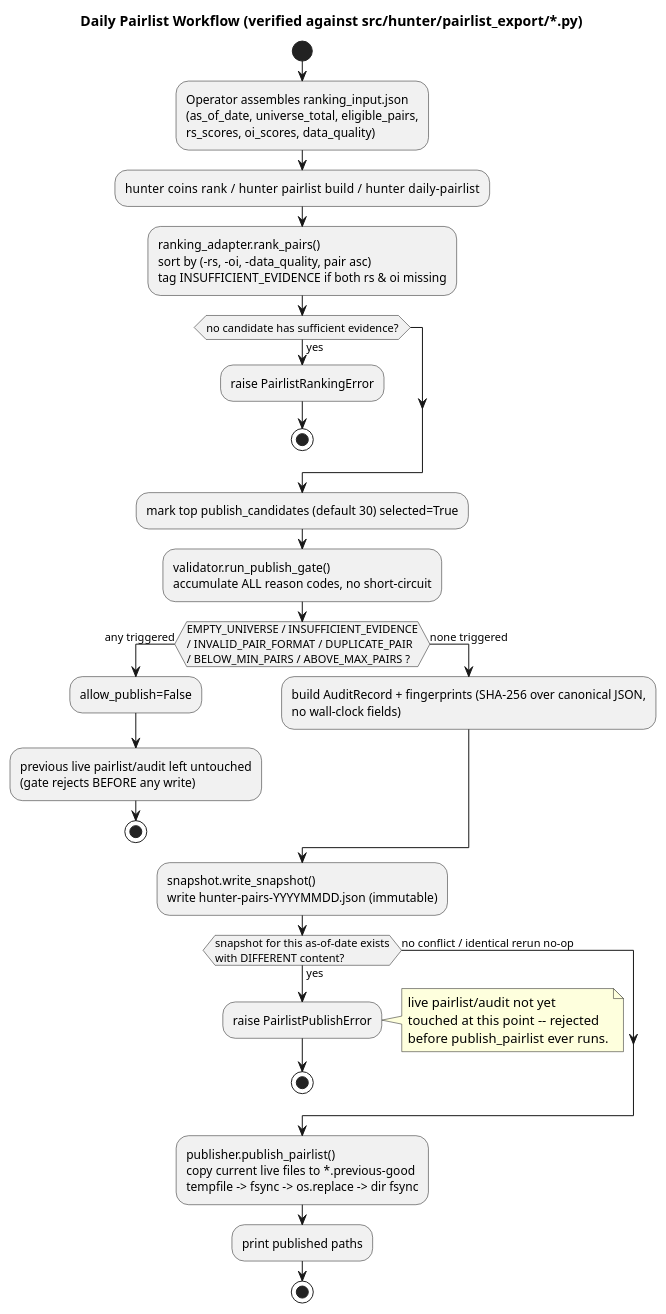
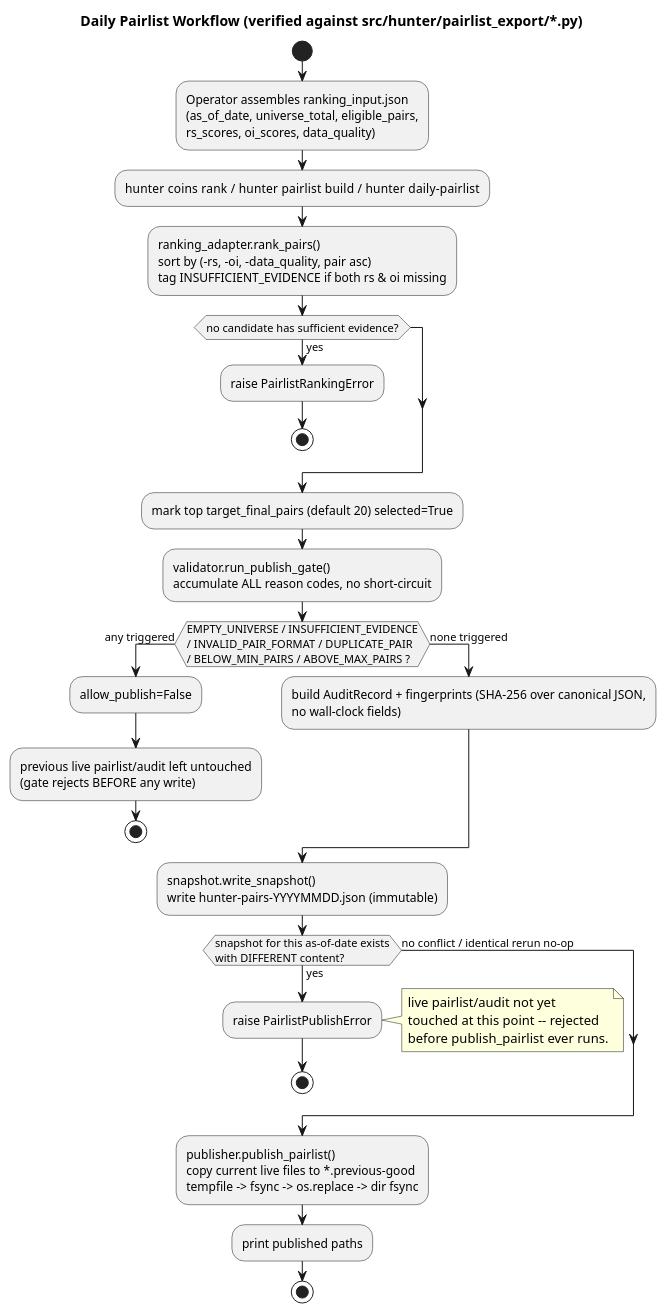
Before and after one commit to volkanmidilli/hunter-futures-pro: the second of 4 diagrams in docs/architecture/SYSTEM_ARCHITECTURE.md, drawn with PlantUML. The commit also changed 20 other files, not shown here.

````diff
--- a/docs/architecture/SYSTEM_ARCHITECTURE.md
+++ b/docs/architecture/SYSTEM_ARCHITECTURE.md
@@ -168,33 +168,33 @@
 ```plantuml
 @startuml
 title Daily Pairlist Workflow (verified against src/hunter/pairlist_export/*.py)
 
 start
 :Operator assembles ranking_input.json\n(as_of_date, universe_total, eligible_pairs,\nrs_scores, oi_scores, data_quality);
 :hunter coins rank  /  hunter pairlist build  /  hunter daily-pairlist;
 :ranking_adapter.rank_pairs()\nsort by (-rs, -oi, -data_quality, pair asc)\ntag INSUFFICIENT_EVIDENCE if both rs & oi missing;
 if (no candidate has sufficient evidence?) then (yes)
   :raise PairlistRankingError;
   stop
 endif
-:mark top publish_candidates (default 30) selected=True;
+:mark top target_final_pairs (default 20) selected=True;
 :validator.run_publish_gate()\naccumulate ALL reason codes, no short-circuit;
 if (EMPTY_UNIVERSE / INSUFFICIENT_EVIDENCE\n/ INVALID_PAIR_FORMAT / DUPLICATE_PAIR\n/ BELOW_MIN_PAIRS / ABOVE_MAX_PAIRS ?) then (any triggered)
   :allow_publish=False;
   :previous live pairlist/audit left untouched\n(gate rejects BEFORE any write);
   stop
 else (none triggered)
   :build AuditRecord + fingerprints (SHA-256 over canonical JSON,\nno wall-clock fields);
 endif
 :snapshot.write_snapshot()\nwrite hunter-pairs-YYYYMMDD.json (immutable);
 if (snapshot for this as-of-date exists\nwith DIFFERENT content?) then (yes)
   :raise PairlistPublishError;
   note right: live pairlist/audit not yet\ntouched at this point -- rejected\nbefore publish_pairlist ever runs.
   stop
 else (no conflict / identical rerun no-op)
 endif
 :publisher.publish_pairlist()\ncopy current live files to *.previous-good\ntempfile -> fsync -> os.replace -> dir fsync;
 :print published paths;
 stop
 @enduml
 ```
````
